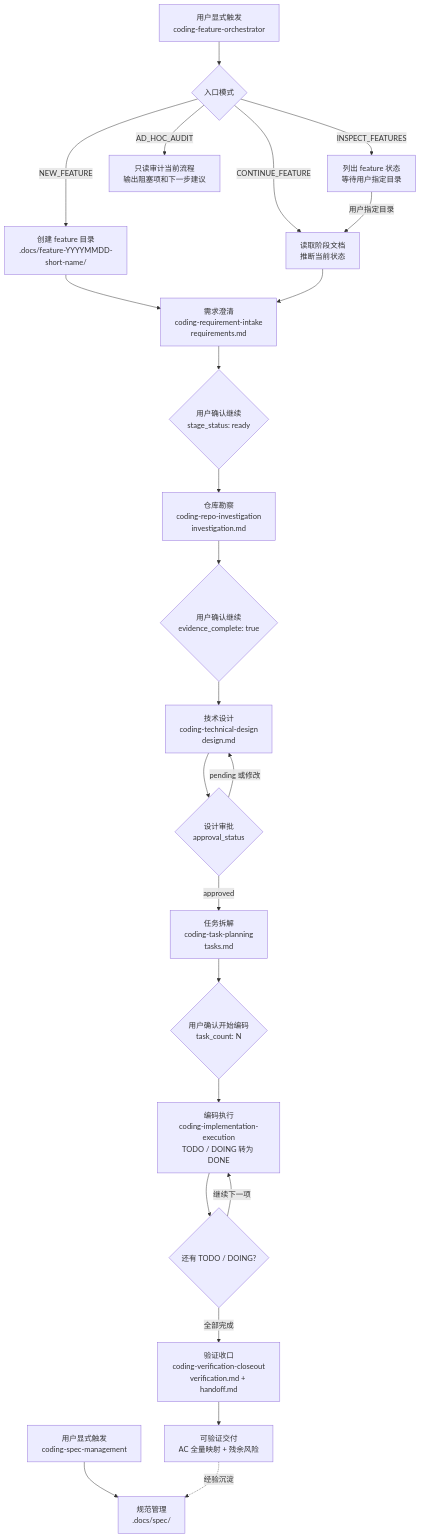
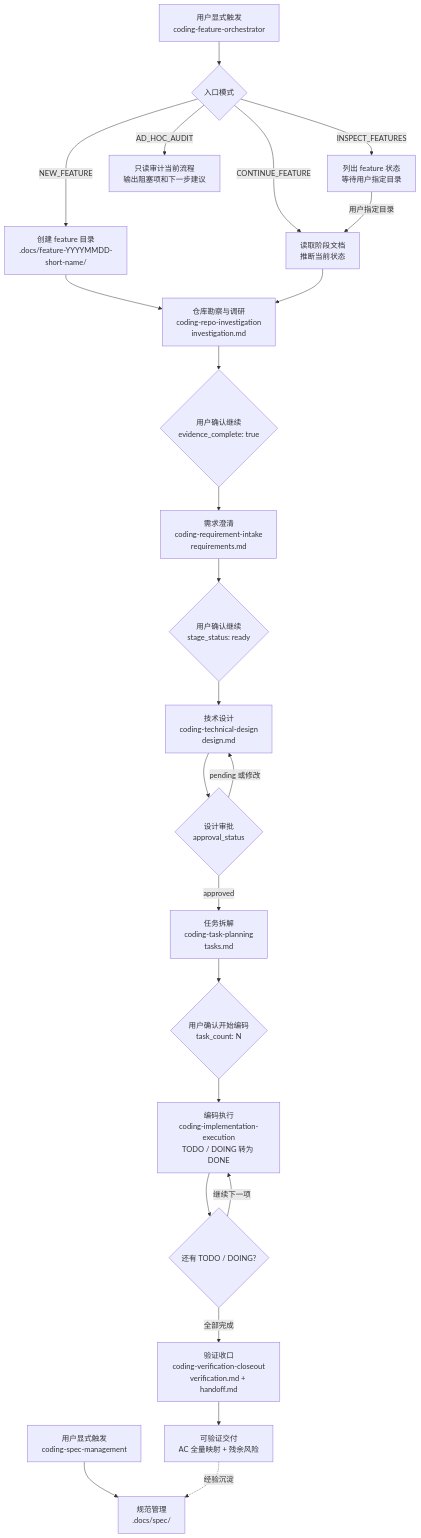
The diagram in README.md (MuJianxuan/ai-feature-coding), drawn with Mermaid before and after one commit. The commit also changed other lines of this file and 23 other files, not shown here.

````diff
--- a/README.md
+++ b/README.md
@@ -28,31 +28,31 @@
 ```mermaid
 flowchart TD
     A["用户显式触发<br/>coding-feature-orchestrator"] --> B{"入口模式"}
     S0["用户显式触发<br/>coding-spec-management"] --> S["规范管理<br/>.docs/spec/"]
 
     B -->|NEW_FEATURE| C["创建 feature 目录<br/>.docs/feature-YYYYMMDD-short-name/"]
     B -->|CONTINUE_FEATURE| D["读取阶段文档<br/>推断当前状态"]
     B -->|INSPECT_FEATURES| E["列出 feature 状态<br/>等待用户指定目录"]
     B -->|AD_HOC_AUDIT| H["只读审计当前流程<br/>输出阻塞项和下一步建议"]
 
-    C --> R["需求澄清<br/>coding-requirement-intake<br/>requirements.md"]
-    D --> R
+    C --> I["仓库勘察与调研<br/>coding-repo-investigation<br/>investigation.md"]
+    D --> I
     E -->|用户指定目录| D
+
+    I --> IGate{"用户确认继续<br/>evidence_complete: true"}
+    IGate --> R["需求澄清<br/>coding-requirement-intake<br/>requirements.md"]
     R --> RGate{"用户确认继续<br/>stage_status: ready"}
 
-    RGate --> I["仓库勘察<br/>coding-repo-investigation<br/>investigation.md"]
-    I --> IGate{"用户确认继续<br/>evidence_complete: true"}
-
-    IGate --> T["技术设计<br/>coding-technical-design<br/>design.md"]
+    RGate --> T["技术设计<br/>coding-technical-design<br/>design.md"]
     T --> TGate{"设计审批<br/>approval_status"}
     TGate -->|pending 或修改| T
     TGate -->|approved| P["任务拆解<br/>coding-task-planning<br/>tasks.md"]
 
     P --> PGate{"用户确认开始编码<br/>task_count: N"}
     PGate --> X["编码执行<br/>coding-implementation-execution<br/>TODO / DOING 转为 DONE"]
     X --> XGate{"还有 TODO / DOING?"}
     XGate -->|继续下一项| X
     XGate -->|全部完成| V["验证收口<br/>coding-verification-closeout<br/>verification.md + handoff.md"]
     V --> Z["可验证交付<br/>AC 全量映射 + 残余风险"]
     Z -. 经验沉淀 .-> S
 ```
````
